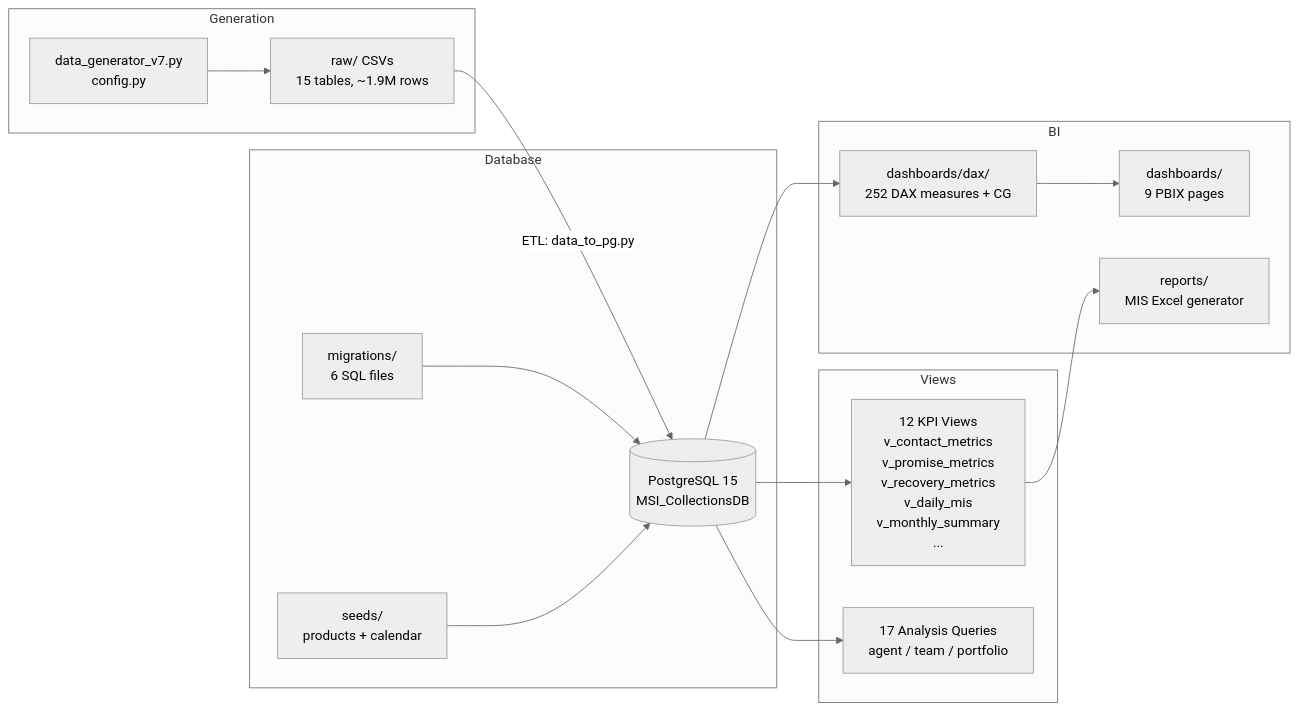
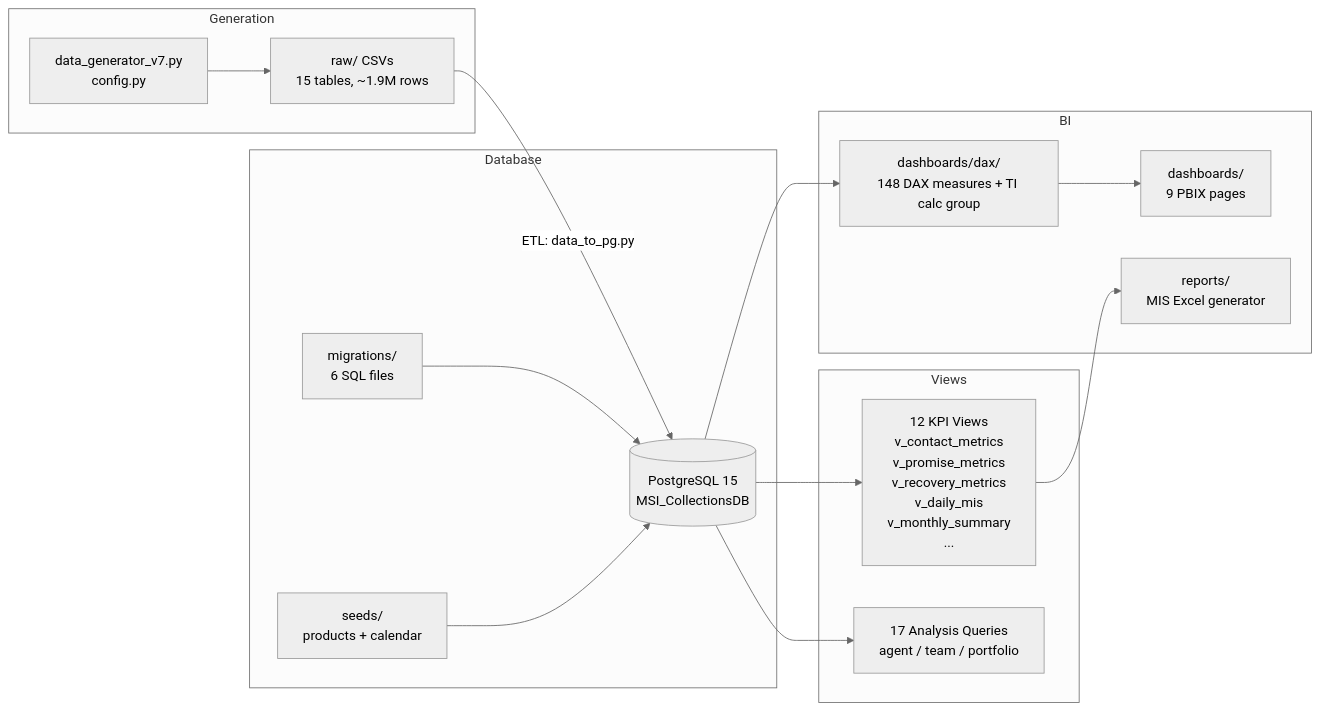
Before and after one commit to rtrlpz/MIS-COLLECTIONS: the diagram in README.md, drawn with Mermaid (neutral theme). The commit also changed other lines of this file and 9 other files, not shown here.

First line of the commit message:
feat(dax): v3.2 phase C — retire 118 legacy TI measures, sweep all doc counts

````diff
--- a/README.md
+++ b/README.md
@@ -80,30 +80,30 @@
 ```mermaid
 flowchart LR
     subgraph Generation
         G[data_generator_v7.py<br/>config.py]
         CSV[raw/ CSVs<br/>15 tables, ~1.9M rows]
     end
     subgraph Database
         PG[(PostgreSQL 15<br/>MSI_CollectionsDB)]
         MIG[migrations/<br/>6 SQL files]
         SEED[seeds/<br/>products + calendar]
     end
     subgraph Views
         V[12 KPI Views<br/>v_contact_metrics<br/>v_promise_metrics<br/>v_recovery_metrics<br/>v_daily_mis<br/>v_monthly_summary<br/>...]
         A[17 Analysis Queries<br/>agent / team / portfolio]
     end
     subgraph BI
-        DAX[dashboards/dax/<br/>252 DAX measures + CG]
+        DAX[dashboards/dax/<br/>148 DAX measures + TI calc group]
         PBI[dashboards/<br/>9 PBIX pages]
         EXCEL[reports/<br/>MIS Excel generator]
     end
     G --> CSV
     CSV -->|ETL: data_to_pg.py| PG
     MIG --> PG
     SEED --> PG
     PG --> V
     PG --> A
     PG --> DAX
     DAX --> PBI
     V --> EXCEL
 ```
````
